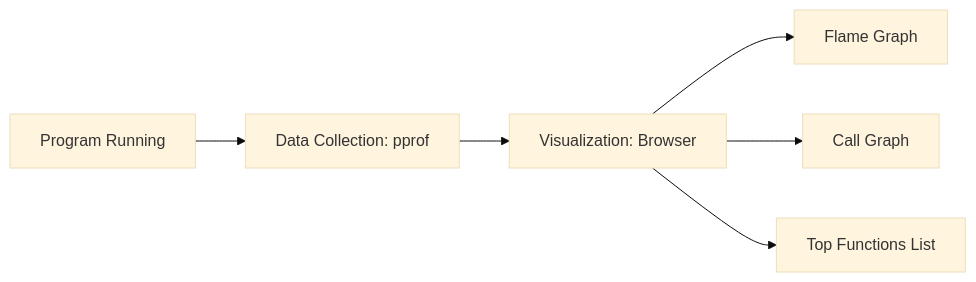
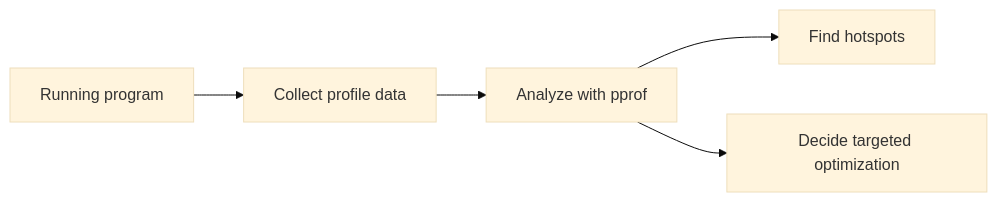
One commit to syahputrawork98-sketch/Golang-Knowledge-Base changed the diagram in RAK-04-core-mechanics/SR-03-tooling-excellence/BK-02-performance-benchmarking/CH-02_ProfilingStrategies/README.md. Above: the diagram before and after it, drawn with Mermaid (base theme). The commit also changed other lines of this file and 32 other files, not shown here.

````diff
--- a/RAK-04-core-mechanics/SR-03-tooling-excellence/BK-02-performance-benchmarking/CH-02_ProfilingStrategies/README.md
+++ b/RAK-04-core-mechanics/SR-03-tooling-excellence/BK-02-performance-benchmarking/CH-02_ProfilingStrategies/README.md
@@ -25,8 +33,7 @@
 ```mermaid
 graph LR
-    P[Program Running] --> D[Data Collection: pprof]
-    D --> V[Visualization: Browser]
-    V --> F[Flame Graph]
-    V --> G[Call Graph]
-    V --> T[Top Functions List]
+    Program[Running program] --> Collect[Collect profile data]
+    Collect --> Analyze[Analyze with pprof]
+    Analyze --> Hotspots[Find hotspots]
+    Analyze --> Actions[Decide targeted optimization]
 ```
````
